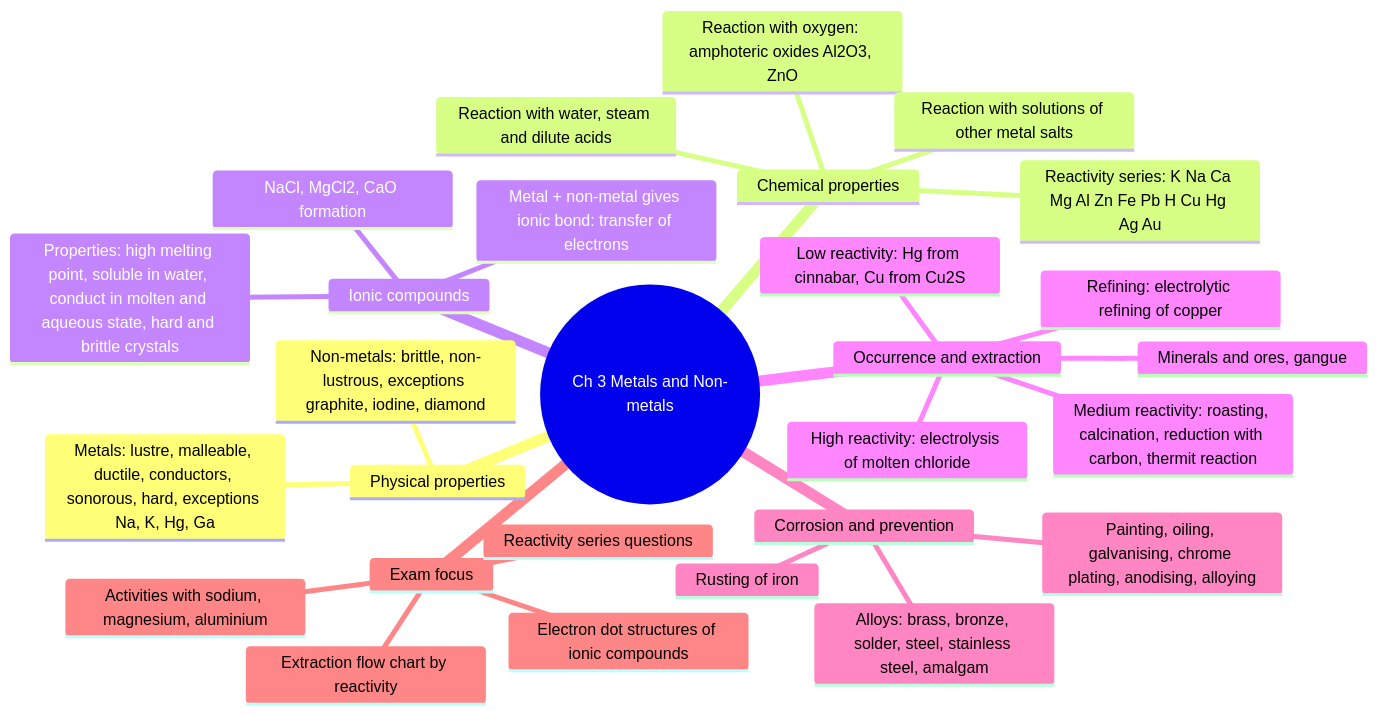
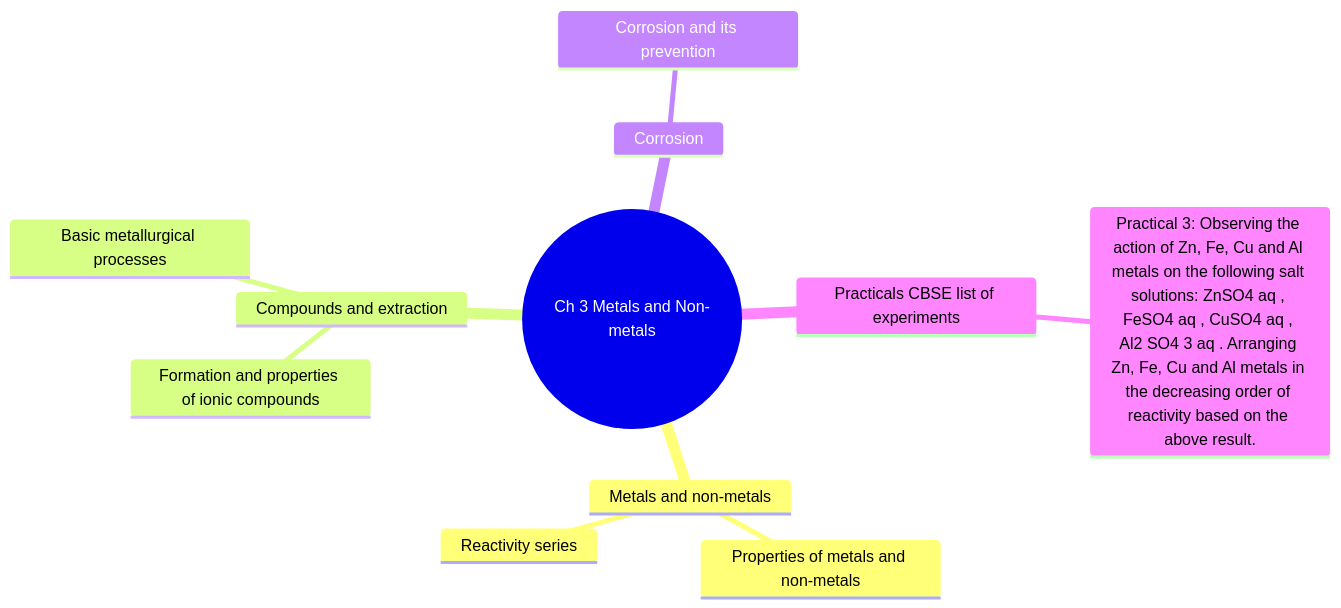
The diagram in docs/chapters/X-03-metals-and-non-metals.md (anveshix/ifinite-horizon), drawn with Mermaid before and after one commit. The commit also changed other lines of this file and 22 other files, not shown here.

First line of the commit message:
fix(mindmap): rebuild Class X deep maps from the CBSE 2026-27 PDF; correct formative-only scope (Evolution, Motor/EMI/Generator only); add PDF-derived inventory

````diff
--- a/docs/chapters/X-03-metals-and-non-metals.md
+++ b/docs/chapters/X-03-metals-and-non-metals.md
@@ -5,31 +5,14 @@
 ```mermaid
 mindmap
   root((Ch 3 Metals and Non-metals))
-    Physical properties
-      Metals: lustre, malleable, ductile, conductors, sonorous, hard, exceptions Na, K, Hg, Ga
-      Non-metals: brittle, non-lustrous, exceptions graphite, iodine, diamond
-    Chemical properties
-      Reaction with oxygen: amphoteric oxides Al2O3, ZnO
-      Reaction with water, steam and dilute acids
-      Reaction with solutions of other metal salts
-      Reactivity series: K Na Ca Mg Al Zn Fe Pb H Cu Hg Ag Au
-    Ionic compounds
-      Metal + non-metal gives ionic bond: transfer of electrons
-      NaCl, MgCl2, CaO formation
-      Properties: high melting point, soluble in water, conduct in molten and aqueous state, hard and brittle crystals
-    Occurrence and extraction
-      Minerals and ores, gangue
-      Low reactivity: Hg from cinnabar, Cu from Cu2S
-      Medium reactivity: roasting, calcination, reduction with carbon, thermit reaction
-      High reactivity: electrolysis of molten chloride
-      Refining: electrolytic refining of copper
-    Corrosion and prevention
-      Rusting of iron
-      Painting, oiling, galvanising, chrome plating, anodising, alloying
-      Alloys: brass, bronze, solder, steel, stainless steel, amalgam
-    Exam focus
-      Reactivity series questions
-      Electron dot structures of ionic compounds
-      Extraction flow chart by reactivity
-      Activities with sodium, magnesium, aluminium
+    Metals and non-metals
+      Properties of metals and non-metals
+      Reactivity series
+    Compounds and extraction
+      Formation and properties of ionic compounds
+      Basic metallurgical processes
+    Corrosion
+      Corrosion and its prevention
+    Practicals CBSE list of experiments
+      Practical 3: Observing the action of Zn, Fe, Cu and Al metals on the following salt solutions: ZnSO4 aq , FeSO4 aq , CuSO4 aq , Al2 SO4 3 aq . Arranging Zn, Fe, Cu and Al metals in the decreasing order of reactivity based on the above result.
 ```
````
